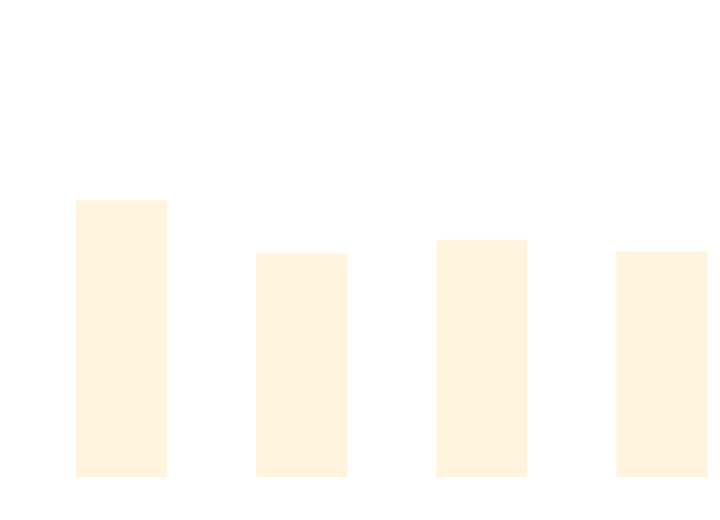
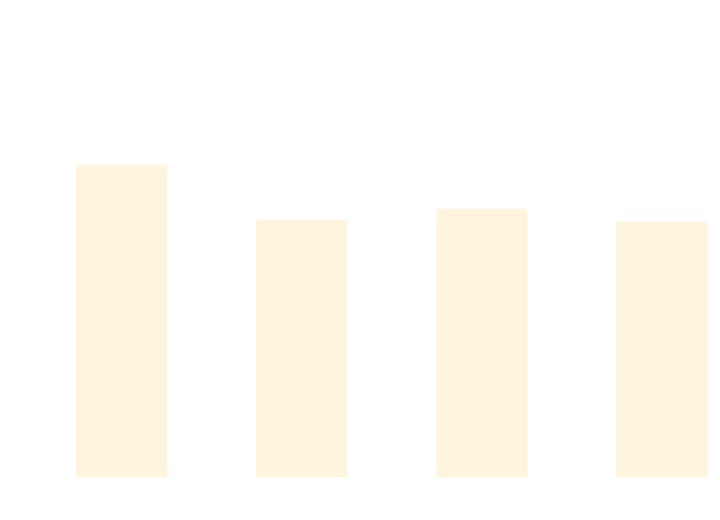
Before and after one commit to thomhurst/TUnit: the diagram in docs/docs/benchmarks/BuildTime.md, drawn with Mermaid. The commit also changed other lines of this file and 17 other files, not shown here.

````diff
--- a/docs/docs/benchmarks/BuildTime.md
+++ b/docs/docs/benchmarks/BuildTime.md
@@ -28,37 +28,37 @@
 ```mermaid
 %%{init: {
   'theme':'base',
   'themeVariables': {
     'primaryColor': '#2563eb',
     'primaryTextColor': '#ffffff',
     'primaryBorderColor': '#1e40af',
     'lineColor': '#6b7280',
     'secondaryColor': '#7c3aed',
     'tertiaryColor': '#dc2626',
     'background': '#ffffff',
     'mainBkg': '#2563eb',
     'secondBkg': '#7c3aed',
     'tertiaryBkg': '#dc2626',
     'clusterBkg': '#f3f4f6',
     'edgeLabelBackground': '#ffffff',
     'tertiaryTextColor': '#1f2937',
     'pie1': '#2563eb',
     'pie2': '#7c3aed',
     'pie3': '#dc2626',
     'pie4': '#f59e0b',
     'pie5': '#10b981',
     'pie6': '#06b6d4',
     'pie7': '#ec4899',
     'pie8': '#6366f1',
     'pie9': '#84cc16',
     'pie10': '#f97316',
     'pie11': '#14b8a6',
     'pie12': '#a855f7'
   }
 }}%%
 xychart-beta
   title "Build Time Comparison"
   x-axis ["Build_TUnit", "Build_NUnit", "Build_MSTest", "Build_xUnit3"]
   y-axis "Time (s)" 0 --> 3
-  bar [1.97, 1.581, 1.681, 1.596]
+  bar [2.232, 1.828, 1.91, 1.817]
 ```
````
